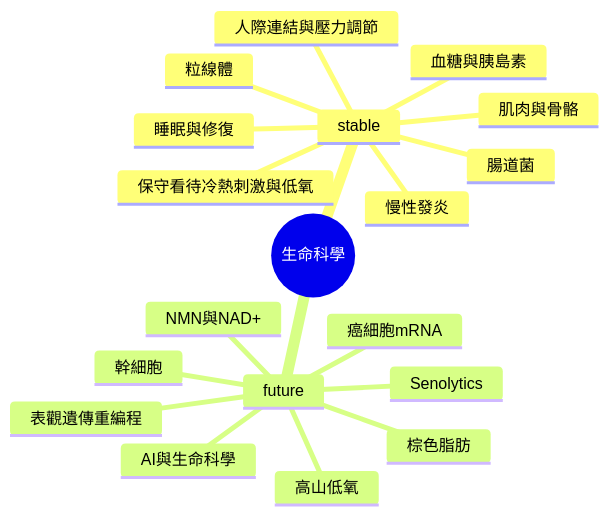
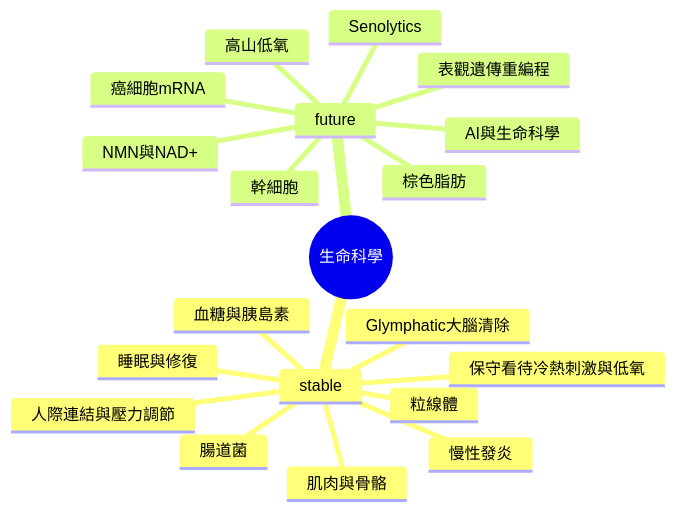
Before and after one commit to WangChengYeh/150-year-old: the fourth of 4 diagrams in mindmap.md, drawn with Mermaid. The commit also changed other lines of this file, not shown here.

Commit message:
Sync mindmap with AI health companion and skill unlocks

````diff
--- a/mindmap.md
+++ b/mindmap.md
@@ -191,22 +305,23 @@
 ```mermaid
 mindmap
   root((生命科學))
     stable
       睡眠與修復
+      Glymphatic大腦清除
       血糖與胰島素
       慢性發炎
       肌肉與骨骼
       粒線體
       腸道菌
       人際連結與壓力調節
       保守看待冷熱刺激與低氧
     future
       幹細胞
       癌細胞mRNA
       NMN與NAD+
       Senolytics
       表觀遺傳重編程
       棕色脂肪
       高山低氧
       AI與生命科學
 ```
````
